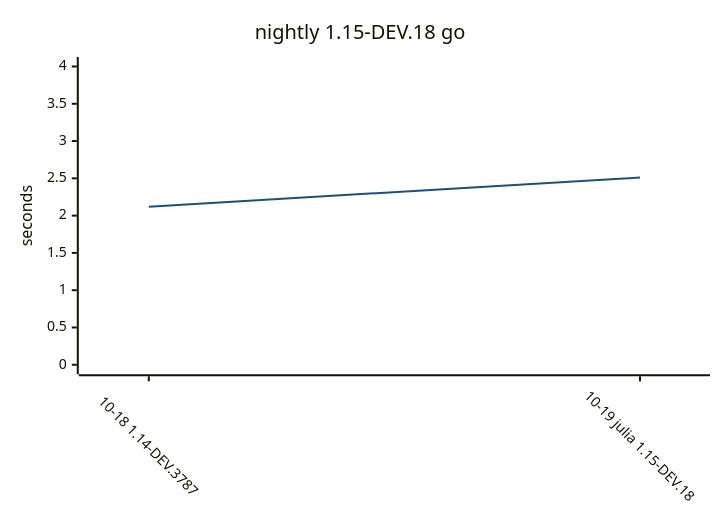
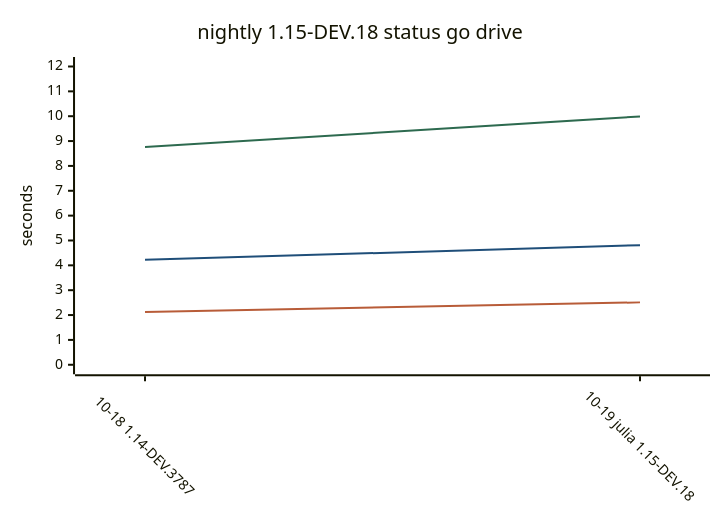
The sixth of 6 diagrams in README.md (yamanori99/DistSSHKit.jl), drawn with Mermaid before and after one commit. The commit also changed other lines of this file, not shown here.

````diff
--- a/README.md
+++ b/README.md
@@ -371,17 +251,19 @@
 ```mermaid
 ---
 config:
   theme: base
   themeVariables:
     xyChart:
-      plotColorPalette: "#1f4e79"
+      plotColorPalette: "#1f4e79, #b85c38, #2d6a4f"
   xyChart:
     xAxis:
       labelRotation: 45
 ---
 xychart-beta
-    title "nightly 1.15-DEV.18 go"
+    title "nightly 1.15-DEV.18 status go drive"
     x-axis ["10-18 1.14-DEV.3787", "10-19 julia 1.15-DEV.18"]
-    y-axis "seconds" 0 --> 4
-    line [2.12, 2.51]
+    y-axis "seconds" 0 --> 12
+        line "status" [4.22, 4.81]
+        line "go" [2.12, 2.51]
+        line "drive" [8.76, 9.99]
 ```
````
